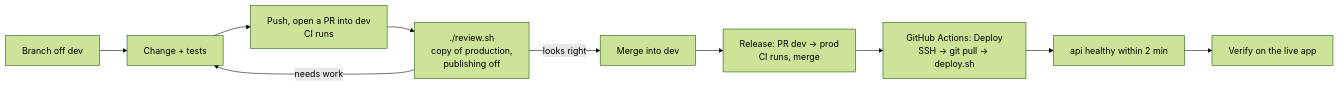
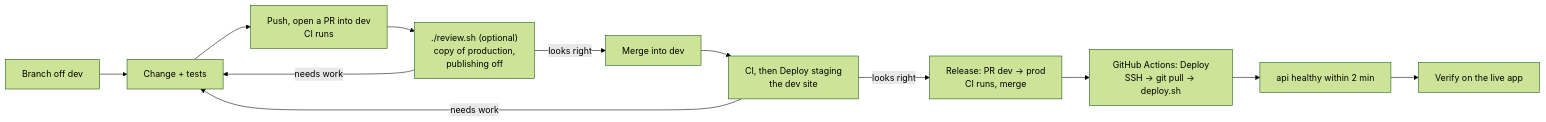
One commit to paramshah07/Marketing-and-Clipping-Platform changed the seventh of 8 diagrams in docs/workflows.md. Above: the diagram before and after it, drawn with Mermaid (forest theme). The commit also changed other lines of this file and 26 other files, not shown here.

````diff
--- a/docs/workflows.md
+++ b/docs/workflows.md
@@ -126,12 +243,14 @@
 ```mermaid
 flowchart LR
   br["Branch off dev"] --> code["Change + tests"]
   code --> pr["Push, open a PR into dev<br/>CI runs"]
-  pr --> rev["./review.sh<br/>copy of production,<br/>publishing off"]
+  pr --> rev["./review.sh (optional)<br/>copy of production,<br/>publishing off"]
   rev -->|"needs work"| code
   rev -->|"looks right"| merge["Merge into dev"]
-  merge --> rel["Release: PR dev → prod<br/>CI runs, merge"]
+  merge --> stg["CI, then Deploy staging<br/>the dev site"]
+  stg -->|"needs work"| code
+  stg -->|"looks right"| rel["Release: PR dev → prod<br/>CI runs, merge"]
   rel --> gha["GitHub Actions: Deploy<br/>SSH → git pull → deploy.sh"]
   gha --> ok["api healthy within 2 min"]
   ok --> verify["Verify on the live app"]
 ```
````
